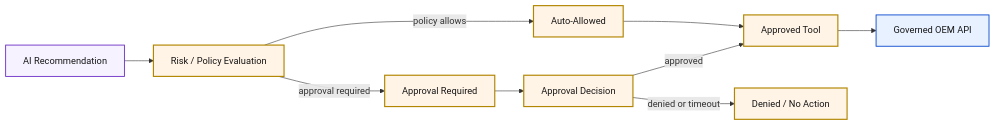
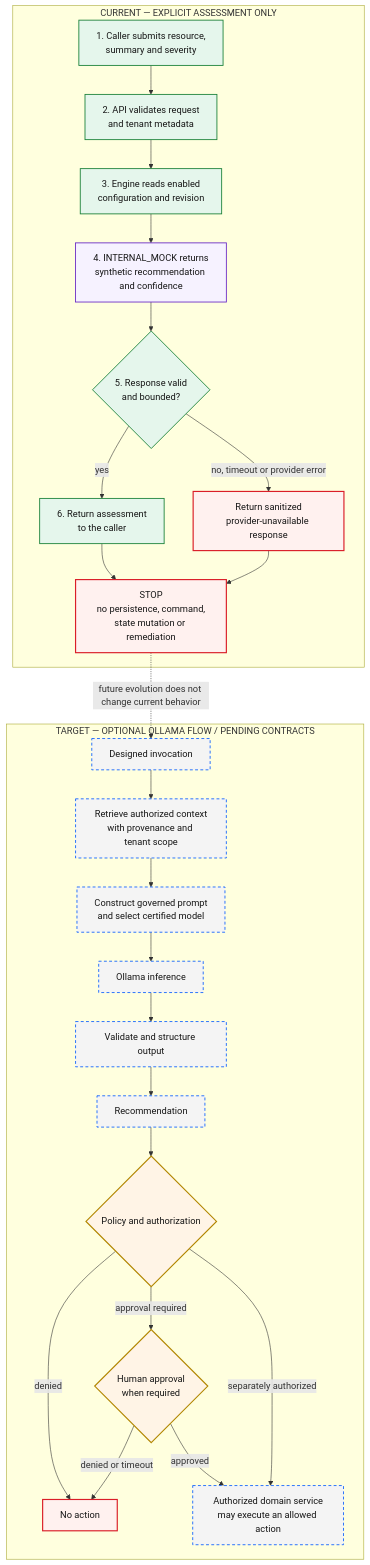
The third of 3 diagrams in docs/architecture/ai-01-aiops-ai-architecture.md (eventmgmtplatform/docs), drawn with Mermaid before and after one commit. The commit also changed other lines of this file and 1 other file, not shown here.

Commit message:
docs(ai): correct AI-01 architecture boundaries

````diff
--- a/docs/architecture/ai-01-aiops-ai-architecture.md
+++ b/docs/architecture/ai-01-aiops-ai-architecture.md
@@ -170,25 +100,45 @@
 ```mermaid
-flowchart LR
-  RECOMMEND[AI Recommendation]
-  RISK[Risk / Policy Evaluation]
-  AUTO[Auto-Allowed]
-  REVIEW[Approval Required]
-  APPROVAL[Approval Decision]
-  TOOL[Approved Tool]
-  OEM[Governed OEM API]
-  DENIED[Denied / No Action]
-
-  RECOMMEND --> RISK
-  RISK -->|policy allows| AUTO --> TOOL
-  RISK -->|approval required| REVIEW --> APPROVAL
-  APPROVAL -->|approved| TOOL
-  APPROVAL -->|denied or timeout| DENIED
-  TOOL --> OEM
-
-  classDef ai fill:#f6f2ff,stroke:#6929c4,color:#161616,stroke-width:1.5px;
-  classDef governance fill:#fff4e6,stroke:#b28600,color:#161616,stroke-width:2px;
-  classDef application fill:#e8f1ff,stroke:#0043ce,color:#161616,stroke-width:1.5px;
-  class RECOMMEND ai;
-  class RISK,AUTO,REVIEW,APPROVAL,TOOL,DENIED governance;
-  class OEM application;
+flowchart TB
+  subgraph CURRENT[CURRENT — EXPLICIT ASSESSMENT ONLY]
+    C1[1. Caller submits resource,<br/>summary and severity]
+    C2[2. API validates request<br/>and tenant metadata]
+    C3[3. Engine reads enabled<br/>configuration and revision]
+    C4[4. INTERNAL_MOCK returns<br/>synthetic recommendation and confidence]
+    C5{5. Response valid<br/>and bounded?}
+    C6[6. Return assessment<br/>to the caller]
+    C7[Return sanitized<br/>provider-unavailable response]
+    C8[STOP<br/>no persistence, command,<br/>state mutation or remediation]
+    C1 --> C2 --> C3 --> C4 --> C5
+    C5 -->|yes| C6 --> C8
+    C5 -->|no, timeout or provider error| C7 --> C8
+  end
+  subgraph TARGET[TARGET — OPTIONAL OLLAMA FLOW / PENDING CONTRACTS]
+    T1[Designed invocation]
+    T2[Retrieve authorized context<br/>with provenance and tenant scope]
+    T3[Construct governed prompt<br/>and select certified model]
+    T4[Ollama inference]
+    T5[Validate and structure output]
+    T6[Recommendation]
+    T7{Policy and authorization}
+    T8{Human approval<br/>when required}
+    T9[Authorized domain service<br/>may execute an allowed action]
+    T10[No action]
+    T1 --> T2 --> T3 --> T4 --> T5 --> T6 --> T7
+    T7 -->|denied| T10
+    T7 -->|approval required| T8
+    T8 -->|denied or timeout| T10
+    T8 -->|approved| T9
+    T7 -->|separately authorized| T9
+  end
+  C8 -. future evolution does not change current behavior .-> T1
+  classDef current fill:#e5f6ec,stroke:#198038,color:#161616,stroke-width:1.5px;
+  classDef mock fill:#f6f2ff,stroke:#6929c4,color:#161616,stroke-width:1.5px;
+  classDef target fill:#f4f4f4,stroke:#0f62fe,color:#161616,stroke-width:1.5px,stroke-dasharray:5 4;
+  classDef decision fill:#fff4e6,stroke:#b28600,color:#161616,stroke-width:2px;
+  classDef stop fill:#fff1ef,stroke:#da1e28,color:#161616,stroke-width:2px;
+  class C1,C2,C3,C5,C6 current;
+  class C4 mock;
+  class C7,C8,T10 stop;
+  class T1,T2,T3,T4,T5,T6,T9 target;
+  class T7,T8 decision;
 ```
````
